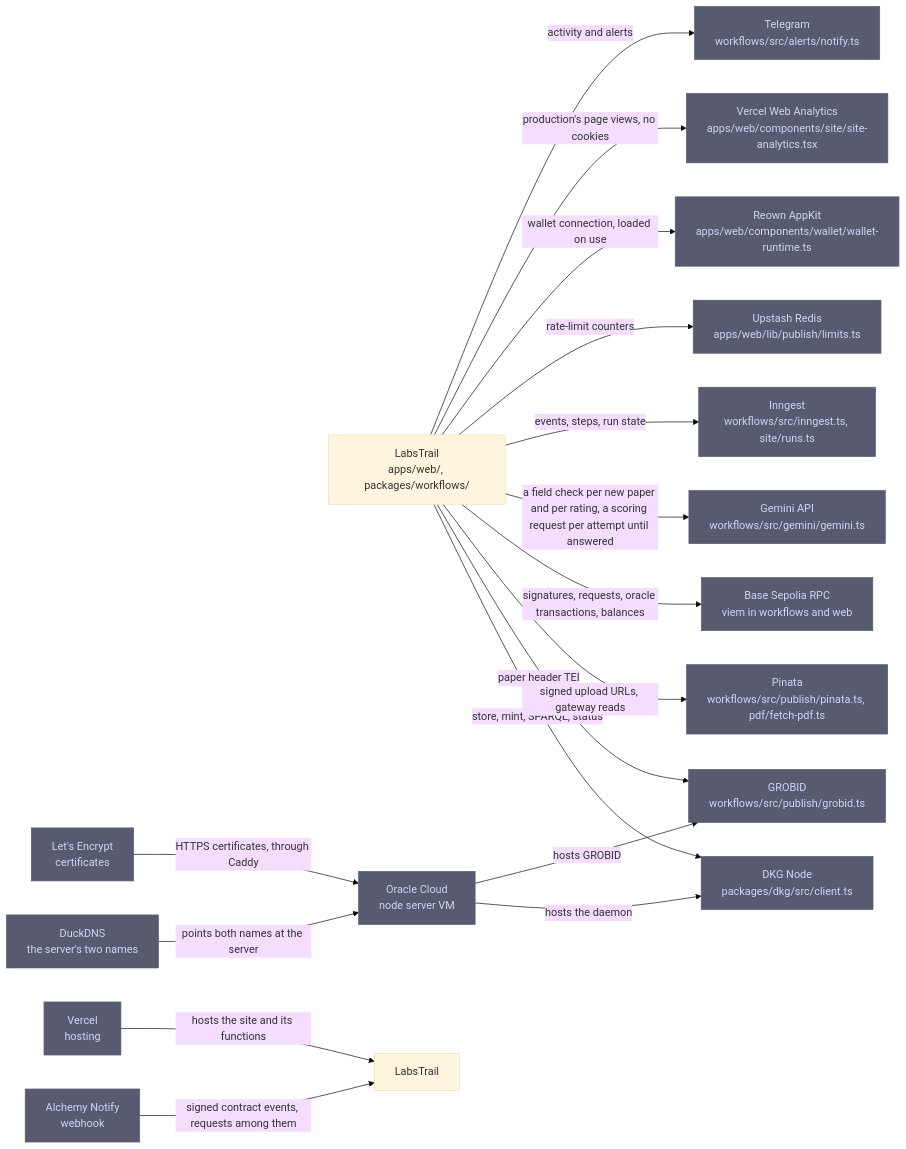
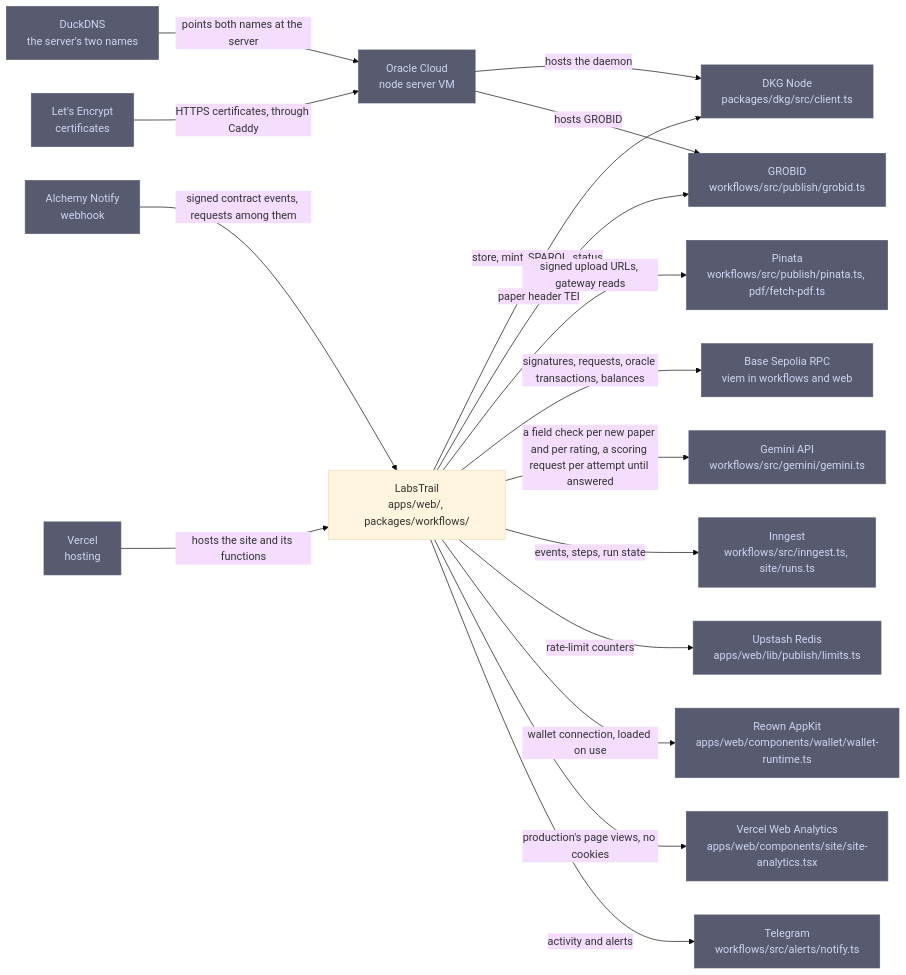
Before and after one commit to SiegfriedBz/labstrail: the diagram in .omm/external-integrations/diagram.mmd, drawn with Mermaid (base theme). The commit also changed 7 other files, not shown here.

```diff
--- a/.omm/external-integrations/diagram.mmd
+++ b/.omm/external-integrations/diagram.mmd
@@ -1,19 +1,19 @@
 graph LR
     labstrail["LabsTrail\napps/web/, packages/workflows/"] -->|"store, mint, SPARQL, status"| dkg-node["DKG Node\npackages/dkg/src/client.ts"]
     labstrail -->|"paper header TEI"| grobid["GROBID\nworkflows/src/publish/grobid.ts"]
     labstrail -->|"signed upload URLs, gateway reads"| pinata["Pinata\nworkflows/src/publish/pinata.ts, pdf/fetch-pdf.ts"]
     labstrail -->|"signatures, requests, oracle transactions, balances"| base-rpc["Base Sepolia RPC\nviem in workflows and web"]
     labstrail -->|"a field check per new paper and per rating, a scoring request per attempt until answered"| gemini["Gemini API\nworkflows/src/gemini/gemini.ts"]
     labstrail -->|"events, steps, run state"| inngest["Inngest\nworkflows/src/inngest.ts, site/runs.ts"]
     labstrail -->|"rate-limit counters"| upstash["Upstash Redis\napps/web/lib/publish/limits.ts"]
     labstrail -->|"wallet connection, loaded on use"| reown["Reown AppKit\napps/web/components/wallet/wallet-runtime.ts"]
     labstrail -->|"production's page views, no cookies"| vercel-analytics["Vercel Web Analytics\napps/web/components/site/site-analytics.tsx"]
     labstrail -->|"activity and alerts"| telegram["Telegram\nworkflows/src/alerts/notify.ts"]
-    alchemy-notify["Alchemy Notify\nwebhook"] -->|"signed contract events, requests among them"| LabsTrail
-    vercel["Vercel\nhosting"] -->|"hosts the site and its functions"| LabsTrail
+    alchemy-notify["Alchemy Notify\nwebhook"] -->|"signed contract events, requests among them"| labstrail
+    vercel["Vercel\nhosting"] -->|"hosts the site and its functions"| labstrail
     oracle-cloud["Oracle Cloud\nnode server VM"] -->|"hosts the daemon"| dkg-node
     oracle-cloud -->|"hosts GROBID"| grobid
     duckdns["DuckDNS\nthe server's two names"] -->|"points both names at the server"| oracle-cloud
     lets-encrypt["Let's Encrypt\ncertificates"] -->|"HTTPS certificates, through Caddy"| oracle-cloud
     classDef external fill:#585b70,stroke:#585b70,color:#cdd6f4
     class dkg-node,grobid,pinata,base-rpc,gemini,inngest,upstash,reown,vercel-analytics,telegram,alchemy-notify,vercel,oracle-cloud,duckdns,lets-encrypt external
```
